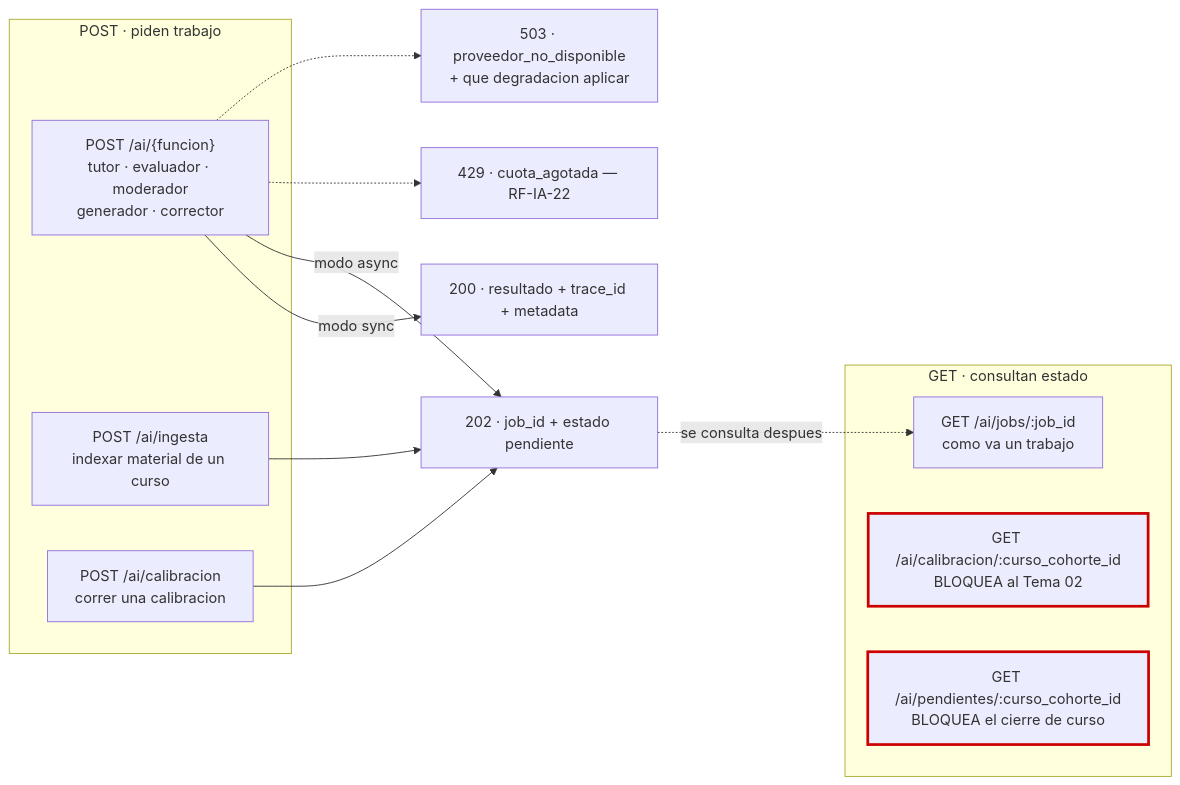
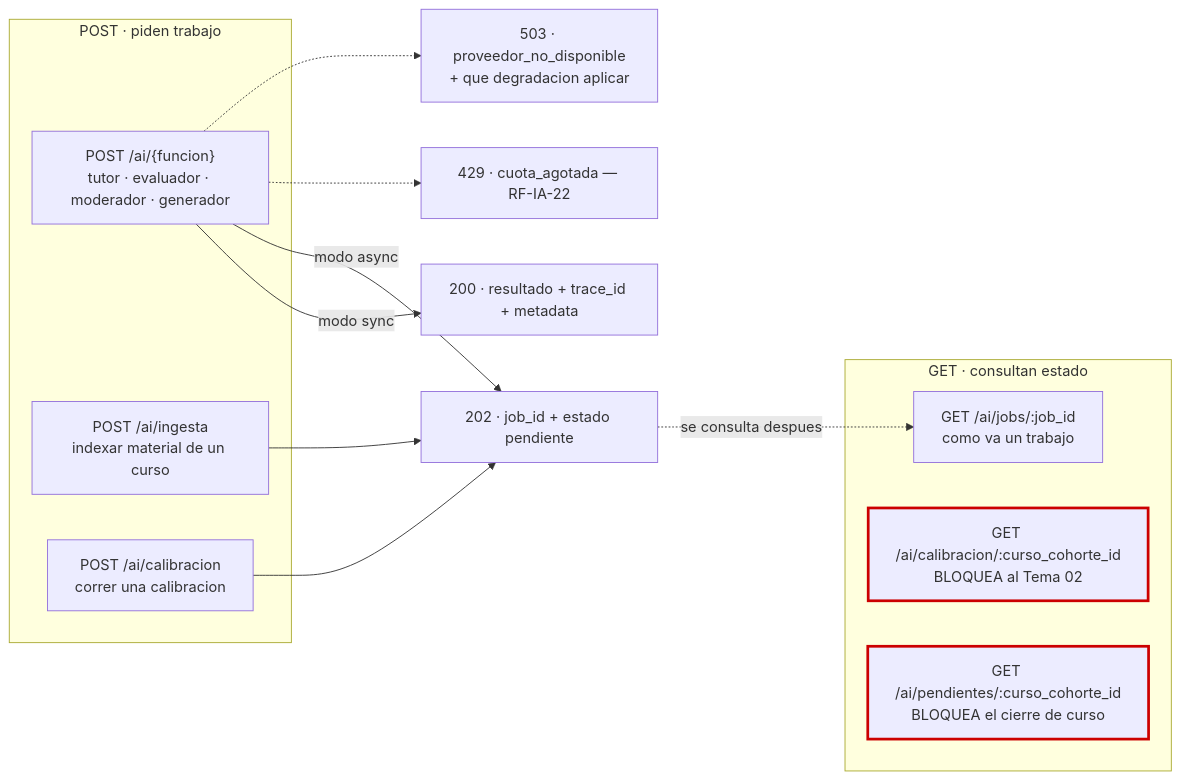
The second of 10 diagrams in docs/17-mapa-de-integracion.md (facundosoria/Doc-Tpi-Programacion), drawn with Mermaid before and after one commit. The commit also changed other lines of this file and 28 other files, not shown here.

````diff
--- a/docs/17-mapa-de-integracion.md
+++ b/docs/17-mapa-de-integracion.md
@@ -107,26 +108,26 @@
 ```mermaid
 flowchart LR
     subgraph post["POST · piden trabajo"]
-        P1["POST /ai/{funcion}<br/>tutor · evaluador · moderador<br/>generador · corrector"]
+        P1["POST /ai/{funcion}<br/>tutor · evaluador · moderador · generador"]
         P2["POST /ai/ingesta<br/>indexar material de un curso"]
         P3["POST /ai/calibracion<br/>correr una calibracion"]
     end
 
     subgraph get["GET · consultan estado"]
         G1["GET /ai/jobs/:job_id<br/>como va un trabajo"]
         G2["GET /ai/calibracion/:curso_cohorte_id<br/>BLOQUEA al Tema 02"]
         G3["GET /ai/pendientes/:curso_cohorte_id<br/>BLOQUEA el cierre de curso"]
     end
 
     P1 -->|"modo sync"| R200["200 · resultado + trace_id + metadata"]
     P1 -->|"modo async"| R202["202 · job_id + estado pendiente"]
     P2 --> R202
     P3 --> R202
     R202 -.->|"se consulta despues"| G1
 
     P1 -.-> E429["429 · cuota_agotada — RF-IA-22"]
     P1 -.-> E503["503 · proveedor_no_disponible<br/>+ que degradacion aplicar"]
 
     style G2 stroke:#c00,stroke-width:3px
     style G3 stroke:#c00,stroke-width:3px
 ```
````
